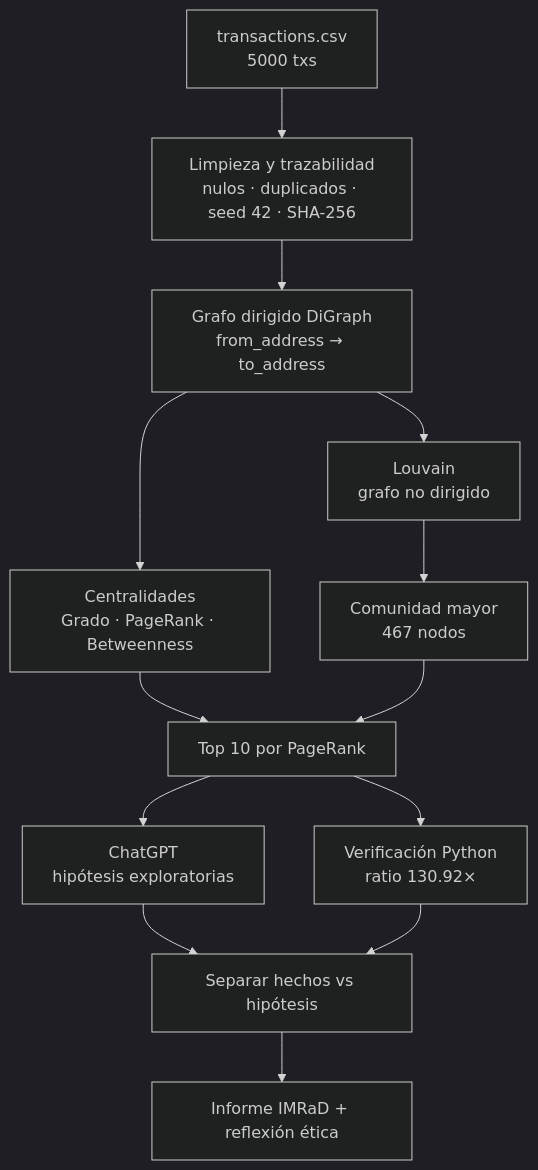
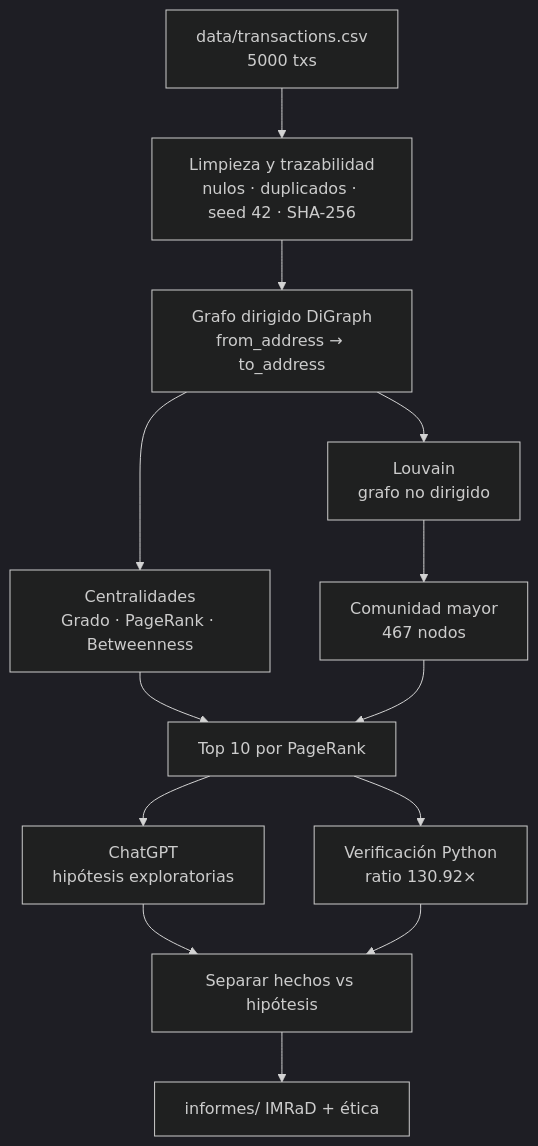
Before and after one commit to Claudio1993cg/ethereum-comunidades-ia: the first of 3 diagrams in README.md, drawn with Mermaid (dark theme). The commit also changed other lines of this file and 7 other files, not shown here.

First line of the commit message:
Reorganizar el repo: data/, informes/ y rutas claras de carga.

````diff
--- a/README.md
+++ b/README.md
@@ -13,15 +60,15 @@
 ```mermaid
 flowchart TD
-    A[transactions.csv<br/>5000 txs] --> B[Limpieza y trazabilidad<br/>nulos · duplicados · seed 42 · SHA-256]
+    A[data/transactions.csv<br/>5000 txs] --> B[Limpieza y trazabilidad<br/>nulos · duplicados · seed 42 · SHA-256]
     B --> C[Grafo dirigido DiGraph<br/>from_address → to_address]
     C --> D[Centralidades<br/>Grado · PageRank · Betweenness]
     C --> E[Louvain<br/>grafo no dirigido]
     E --> F[Comunidad mayor<br/>467 nodos]
     D --> G[Top 10 por PageRank]
     F --> G
     G --> H[ChatGPT<br/>hipótesis exploratorias]
     G --> I[Verificación Python<br/>ratio 130.92×]
     H --> J[Separar hechos vs hipótesis]
     I --> J
-    J --> K[Informe IMRaD + reflexión ética]
+    J --> K[informes/ IMRaD + ética]
 ```
````
